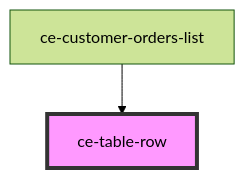
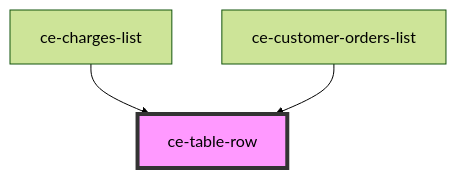
The diagram in packages/components/src/components/ui/table-row/readme.md (surecart/surecart-wp-plugin), drawn with Mermaid (forest theme) before and after one commit. The commit also changed other lines of this file and 101 other files, not shown here.

````diff
--- a/packages/components/src/components/ui/table-row/readme.md
+++ b/packages/components/src/components/ui/table-row/readme.md
@@ -15,5 +16,6 @@
 ```mermaid
 graph TD;
+  ce-charges-list --> ce-table-row
   ce-customer-orders-list --> ce-table-row
   style ce-table-row fill:#f9f,stroke:#333,stroke-width:4px
 ```
````
